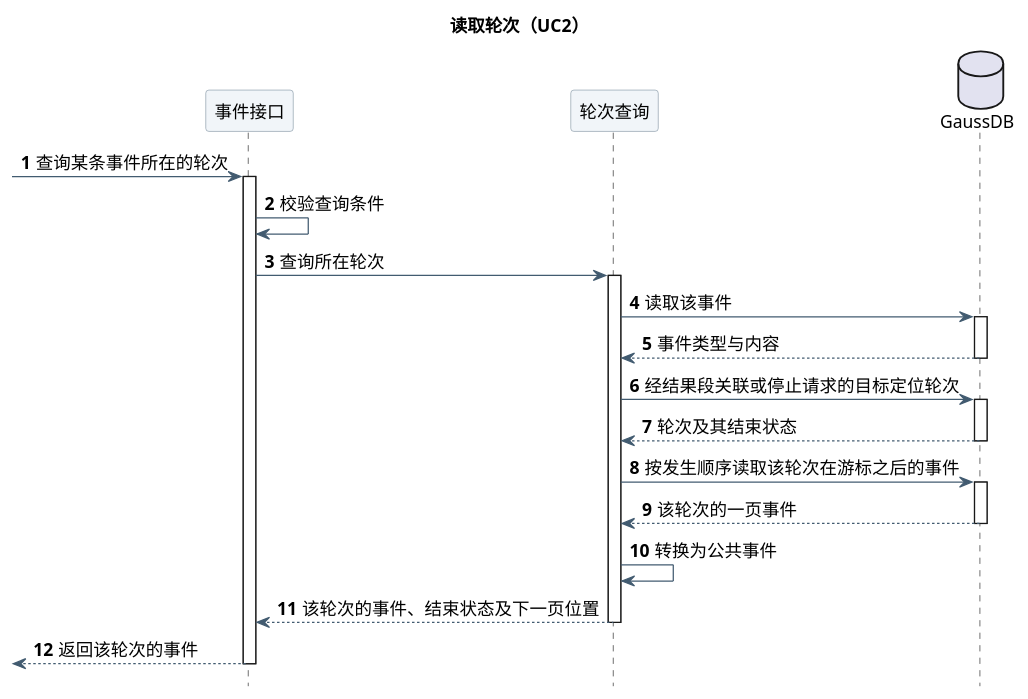
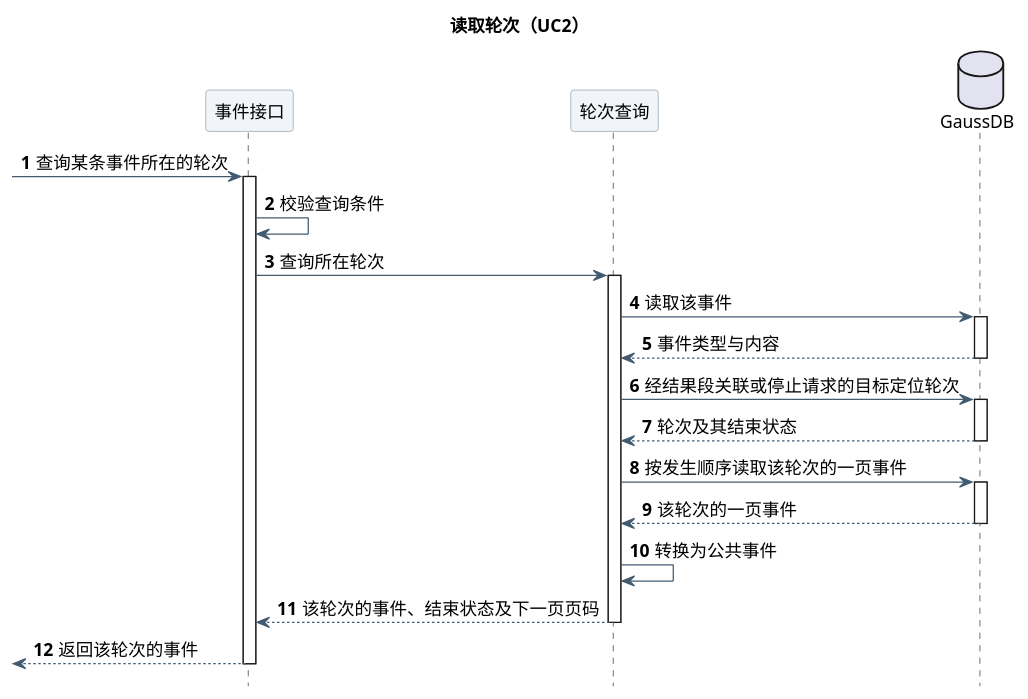
The second of 3 diagrams in 01-总体架构/01-CampusClaw多Agent运行时/设计图/Agent用户事件查询/diagram.puml (ssm0808/pi-mono-java-design), drawn with PlantUML before and after one commit. The commit also changed other lines of this file and 3 other files, not shown here.

```diff
--- a/01-总体架构/01-CampusClaw多Agent运行时/设计图/Agent用户事件查询/diagram.puml
+++ b/01-总体架构/01-CampusClaw多Agent运行时/设计图/Agent用户事件查询/diagram.puml
@@ -54,48 +54,48 @@
 @startuml event_turn_resolution
 ' 源码证据：pi-mono-java main 769e86592285f4a25b0febaf551eddea6bc7212c
 ' modules/coding-agent-cli/src/main/java/com/campusclaw/codingagent/runtimeapi/
 ' persistence/RuntimeExecutionPersistenceService.java:acceptMessage,acceptInterrupt,appendEntry
 ' persistence/MyBatisRuntimeExecutionControlRepository.java:linkCommittedEvent,appendToSegment,markTerminal
 ' event/RuntimeCompactionEventProjector.java:persistCompaction
 ' modules/coding-agent-cli/src/main/resources/mapper/session/RuntimeSessionMapper.xml:findCommittedEvent
 ' 已观察行为：user.message、续跑、Agent 输出和 idle 都关联到结果段；
 ' user.interrupt 只保存 targetEventId；执行内自动压缩尚未关联。
 ' 设计原因：复用根执行作为轮次身份，不新增轮次表。
 skinparam backgroundColor white
 skinparam defaultFontName SansSerif
 skinparam defaultFontSize 14
 skinparam shadowing false
 skinparam ArrowColor #425B70
 skinparam sequenceParticipantBackgroundColor #F1F5F9
 skinparam sequenceParticipantBorderColor #8496A4
 skinparam sequenceMessageAlign left
 skinparam maxMessageSize 190
 hide footbox
 autonumber
 title 读取轮次（UC2）
 participant "事件接口" as Web
 participant "轮次查询" as Svc
 database "GaussDB" as DB
 [-> Web : 查询某条事件所在的轮次
 activate Web
 Web -> Web : 校验查询条件
 Web -> Svc : 查询所在轮次
 activate Svc
 Svc -> DB : 读取该事件
 activate DB
 DB --> Svc : 事件类型与内容
 deactivate DB
 Svc -> DB : 经结果段关联或停止请求的目标定位轮次
 activate DB
 DB --> Svc : 轮次及其结束状态
 deactivate DB
-Svc -> DB : 按发生顺序读取该轮次在游标之后的事件
+Svc -> DB : 按发生顺序读取该轮次的一页事件
 activate DB
 DB --> Svc : 该轮次的一页事件
 deactivate DB
 Svc -> Svc : 转换为公共事件
-Svc --> Web : 该轮次的事件、结束状态及下一页位置
+Svc --> Web : 该轮次的事件、结束状态及下一页页码
 deactivate Svc
 [<-- Web : 返回该轮次的事件
 deactivate Web
 @enduml
```
